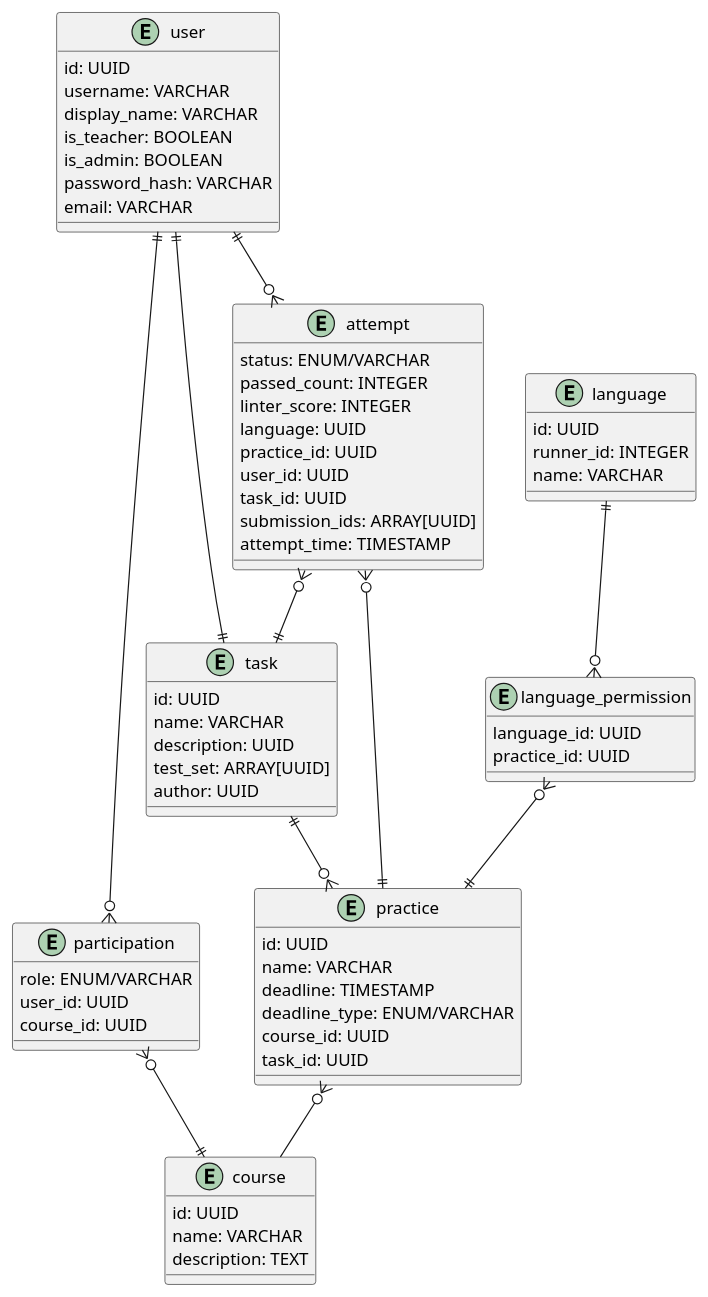
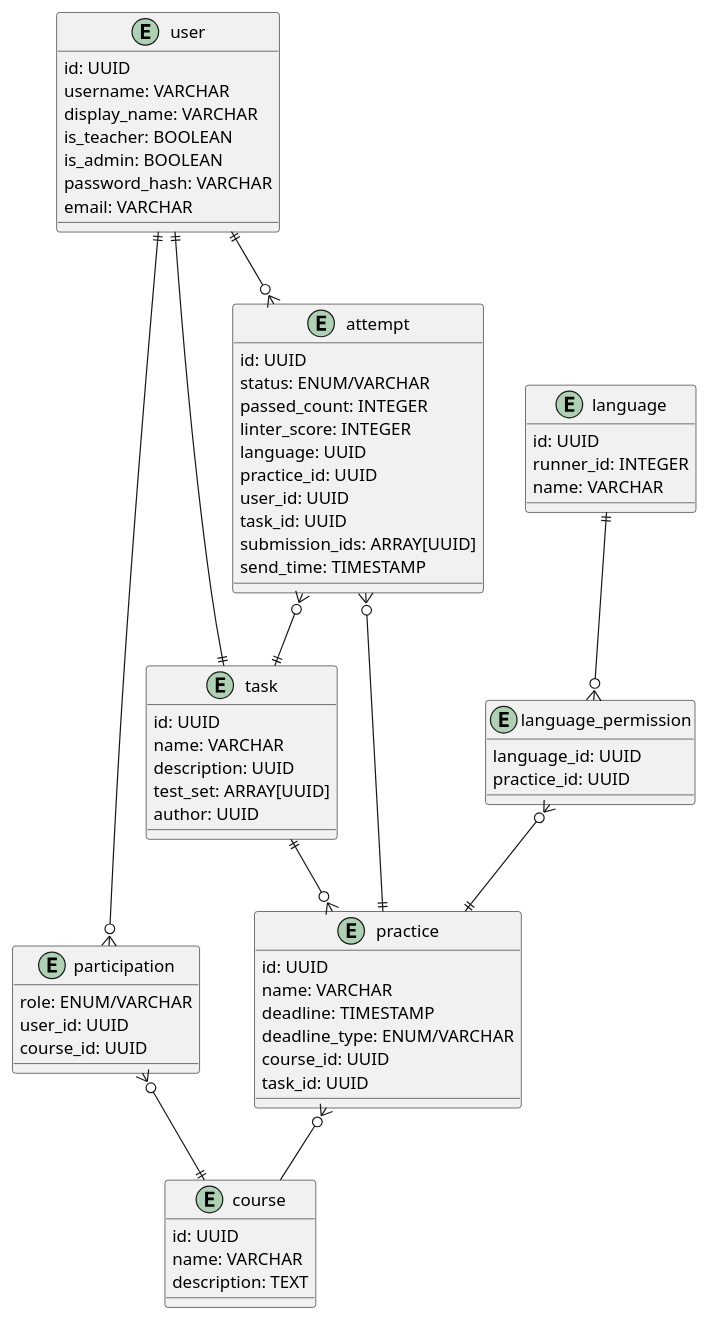
Before and after one commit to AKovalyuk/automated-lab-testing-sibfu-backend: the diagram in doc/entity-relationship.puml, drawn with PlantUML. The commit also changed 4 other files, not shown here.

```diff
--- a/doc/entity-relationship.puml
+++ b/doc/entity-relationship.puml
@@ -1,76 +1,77 @@
 @startuml
 
 entity user {
     id: UUID
     username: VARCHAR
     display_name: VARCHAR
     is_teacher: BOOLEAN
     is_admin: BOOLEAN
     password_hash: VARCHAR
     email: VARCHAR
 }
 
 entity participation {
     role: ENUM/VARCHAR
     user_id: UUID
     course_id: UUID
 }
 
 entity course {
     id: UUID
     name: VARCHAR
     description: TEXT
 }
 
 entity task {
     id: UUID
     name: VARCHAR
     description: UUID
     test_set: ARRAY[UUID]
     author: UUID
 }
 
 entity practice {
     id: UUID
     name: VARCHAR
     deadline: TIMESTAMP
     deadline_type: ENUM/VARCHAR
     course_id: UUID
     task_id: UUID
 }
 
 entity attempt {
+    id: UUID
     status: ENUM/VARCHAR
     passed_count: INTEGER
     linter_score: INTEGER
     language: UUID
     practice_id: UUID
     user_id: UUID
     task_id: UUID
     submission_ids: ARRAY[UUID]
-    attempt_time: TIMESTAMP
+    send_time: TIMESTAMP
 }
 
 entity language {
     id: UUID
     runner_id: INTEGER
     name: VARCHAR
 }
 
 entity language_permission {
     language_id: UUID
     practice_id: UUID
 }
 
 user ||--o{ attempt
 attempt }o--|| task
 attempt }o--|| practice
 user ||--o{ participation
 participation }o--|| course
 practice }o-- course
 user ||--|| task
 language ||--o{ language_permission
 language_permission }o--|| practice
 task ||--o{ practice
 
 @enduml
```
